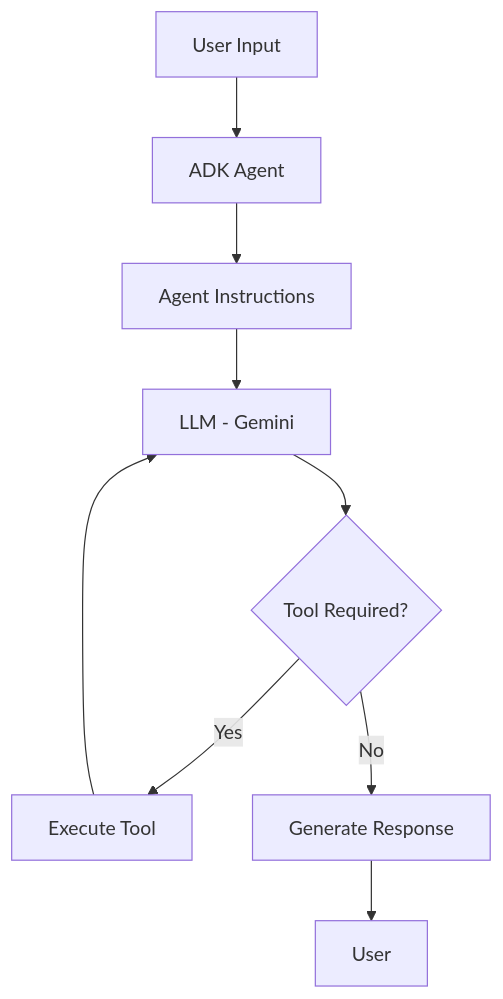
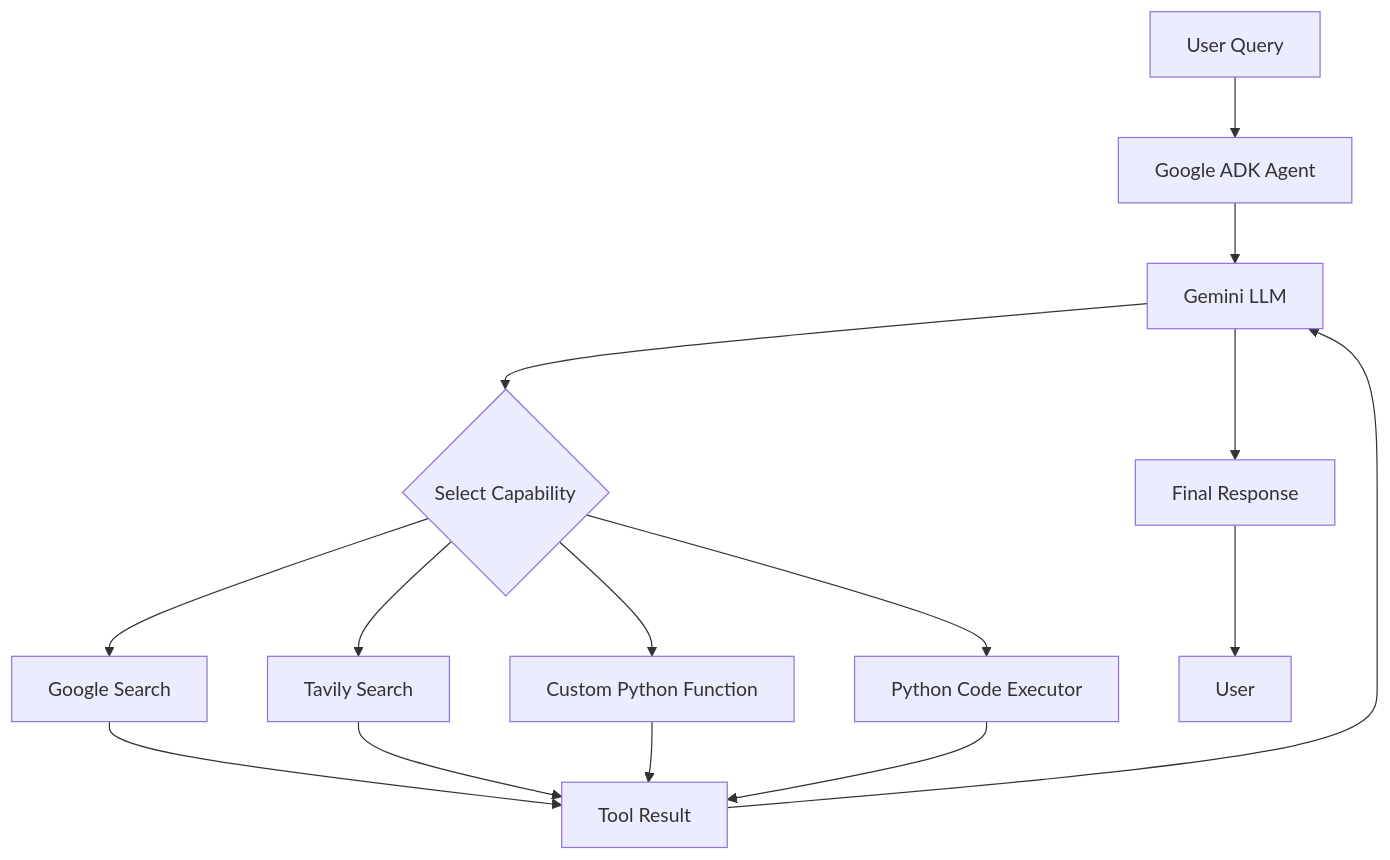
One commit to mayanknegi22/Google-adk changed the diagram in README.md. Above: the diagram before and after it, drawn with Mermaid. The commit also changed other lines of this file, not shown here.

Commit message:
Document all six Google ADK agents

````diff
--- a/README.md
+++ b/README.md
@@ -83,11 +232,21 @@
 ```mermaid
 flowchart TD
-    A[User Input] --> B[ADK Agent]
-    B --> C[Agent Instructions]
-    C --> D[LLM - Gemini]
-    D --> E{Tool Required?}
-    E -- Yes --> F[Execute Tool]
-    F --> D
-    E -- No --> G[Generate Response]
-    G --> H[User]
+    A[User Query] --> B[Google ADK Agent]
+    B --> C[Gemini LLM]
+
+    C --> D{Select Capability}
+
+    D --> E[Google Search]
+    D --> F[Tavily Search]
+    D --> G[Custom Python Function]
+    D --> H[Python Code Executor]
+
+    E --> I[Tool Result]
+    F --> I
+    G --> I
+    H --> I
+
+    I --> C
+    C --> J[Final Response]
+    J --> K[User]
 ```
````
